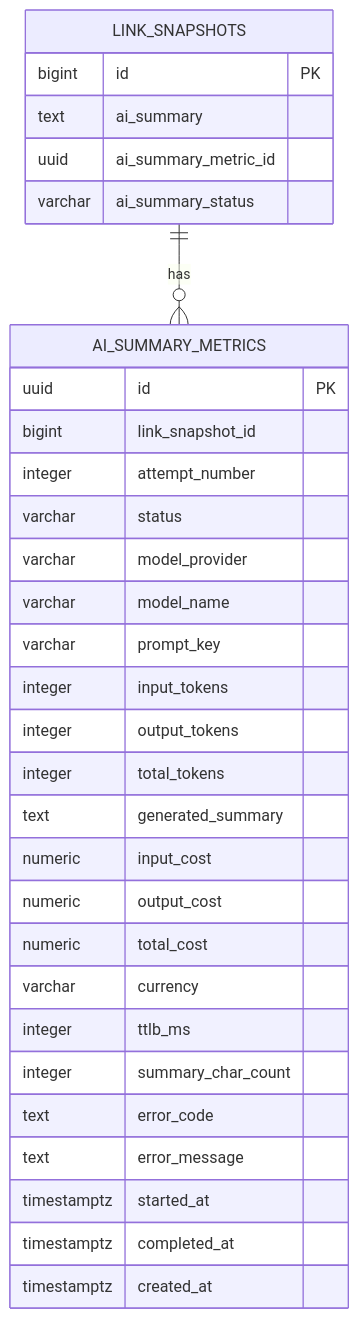
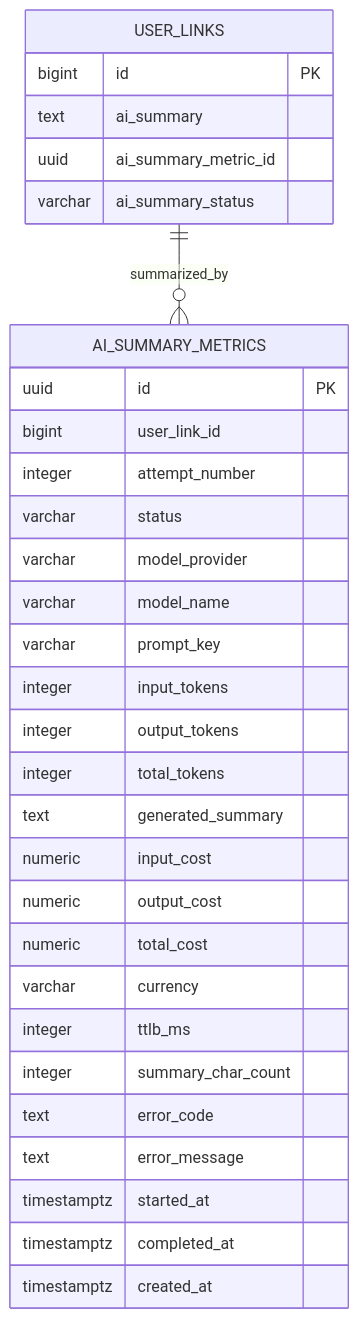
Before and after one commit to mash-up-kr/Promise.9-Server: the diagram in docs/database/tables/ai_summary_metrics.md, drawn with Mermaid. The commit also changed other lines of this file, not shown here.

Commit message:
docs: ai_summary_metrics user_links 기준으로 정리

````diff
--- a/docs/database/tables/ai_summary_metrics.md
+++ b/docs/database/tables/ai_summary_metrics.md
@@ -9,36 +9,36 @@
 ```mermaid
 erDiagram
-  LINK_SNAPSHOTS ||--o{ AI_SUMMARY_METRICS : has
+  USER_LINKS ||--o{ AI_SUMMARY_METRICS : summarized_by
 
-  LINK_SNAPSHOTS {
+  USER_LINKS {
     bigint id PK
     text ai_summary
     uuid ai_summary_metric_id
     varchar ai_summary_status
   }
 
   AI_SUMMARY_METRICS {
     uuid id PK
-    bigint link_snapshot_id
+    bigint user_link_id
     integer attempt_number
     varchar status
     varchar model_provider
     varchar model_name
     varchar prompt_key
     integer input_tokens
     integer output_tokens
     integer total_tokens
     text generated_summary
     numeric input_cost
     numeric output_cost
     numeric total_cost
     varchar currency
     integer ttlb_ms
     integer summary_char_count
     text error_code
     text error_message
     timestamptz started_at
     timestamptz completed_at
     timestamptz created_at
   }
 ```
````
